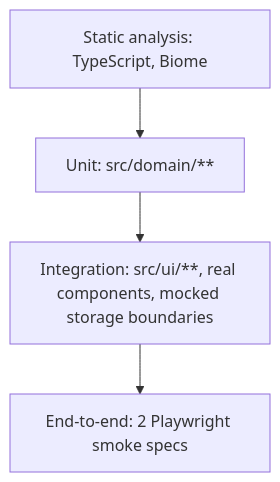
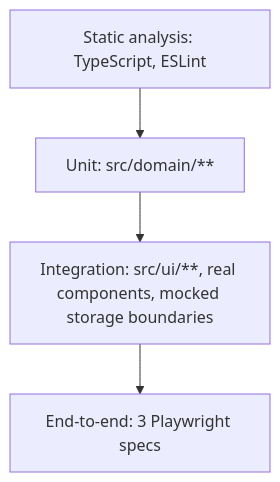
Before and after one commit to arnaud-zg/react-object-calisthenics: the diagram in CONTRIBUTING.md, drawn with Mermaid. The commit also changed other lines of this file and 124 other files, not shown here.

````diff
--- a/CONTRIBUTING.md
+++ b/CONTRIBUTING.md
@@ -31,6 +33,6 @@
 ```mermaid
 flowchart TD
-  A["Static analysis: TypeScript, Biome"] --> B["Unit: src/domain/**"]
+  A["Static analysis: TypeScript, ESLint"] --> B["Unit: src/domain/**"]
   B --> C["Integration: src/ui/**, real components, mocked storage boundaries"]
-  C --> D["End-to-end: 2 Playwright smoke specs"]
+  C --> D["End-to-end: 3 Playwright specs"]
 ```
````
